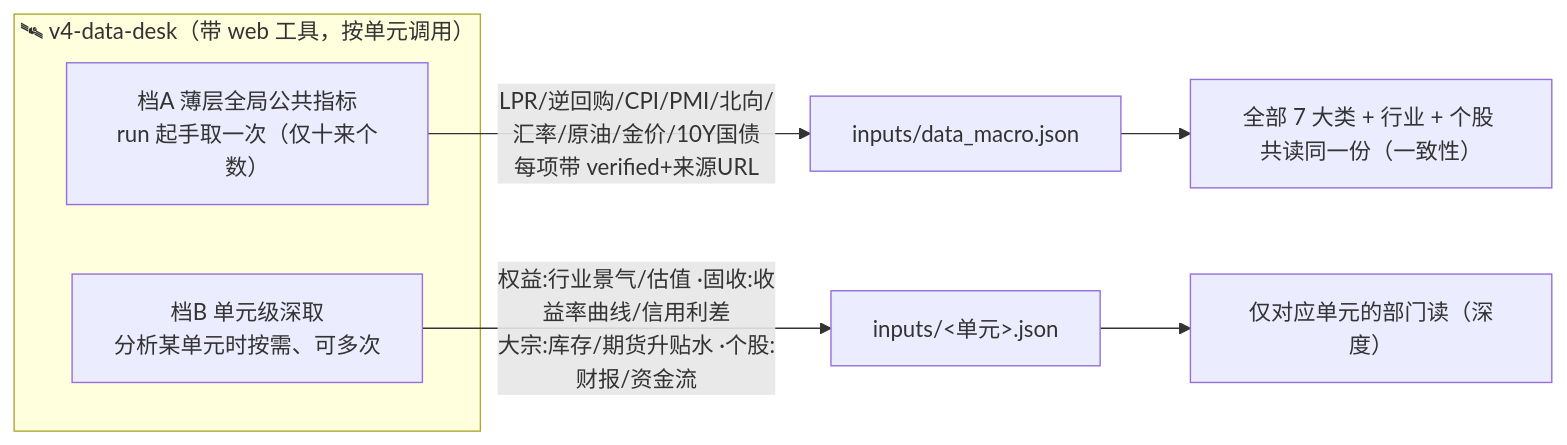
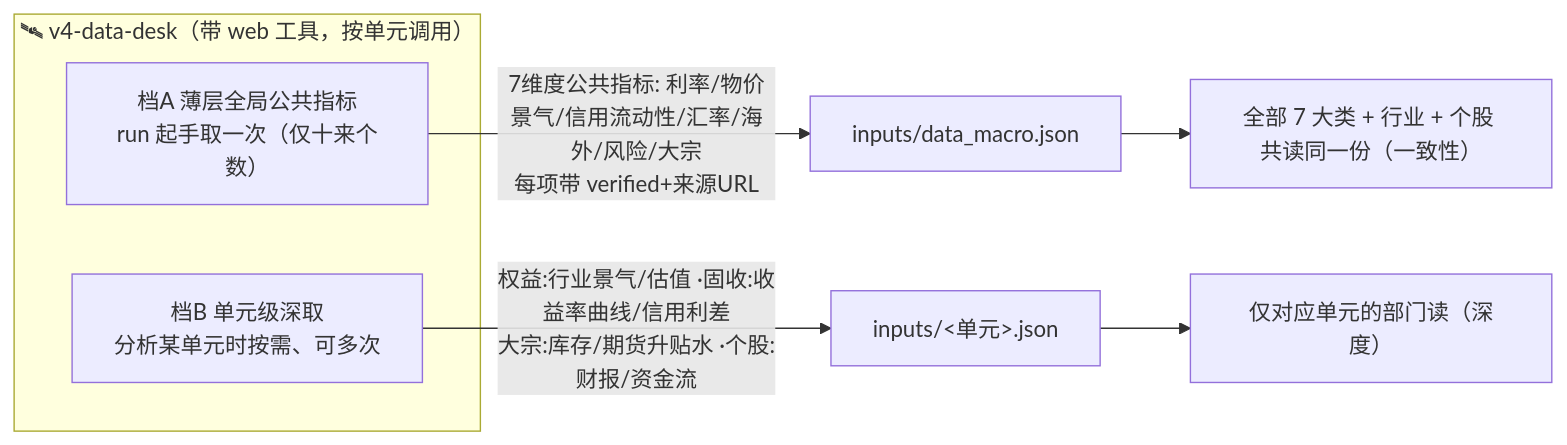
Before and after one commit to harrisyang123-byte/TradingAgents-CN-pro: the second of 5 diagrams in docs/wiki/v4-architecture.md, drawn with Mermaid. The commit also changed other lines of this file and 1 other file, not shown here.

````diff
--- a/docs/wiki/v4-architecture.md
+++ b/docs/wiki/v4-architecture.md
@@ -133,11 +133,11 @@
 ```mermaid
 flowchart LR
     subgraph DESK["🛰 v4-data-desk（带 web 工具，按单元调用）"]
         A["档A 薄层全局公共指标<br/>run 起手取一次（仅十来个数）"]
         B["档B 单元级深取<br/>分析某单元时按需、可多次"]
     end
-    A -->|LPR/逆回购/CPI/PMI/北向/汇率/原油/金价/10Y国债<br/>每项带 verified+来源URL| MAC["inputs/data_macro.json"]
+    A -->|7维度公共指标: 利率/物价景气/信用流动性/汇率/海外/风险/大宗<br/>每项带 verified+来源URL| MAC["inputs/data_macro.json"]
     B -->|权益:行业景气/估值 ·固收:收益率曲线/信用利差<br/>大宗:库存/期货升贴水 ·个股:财报/资金流| PACK["inputs/<单元>.json"]
     MAC --> ALL["全部 7 大类 + 行业 + 个股 共读同一份（一致性）"]
     PACK --> DEP["仅对应单元的部门读（深度）"]
 ```
````
